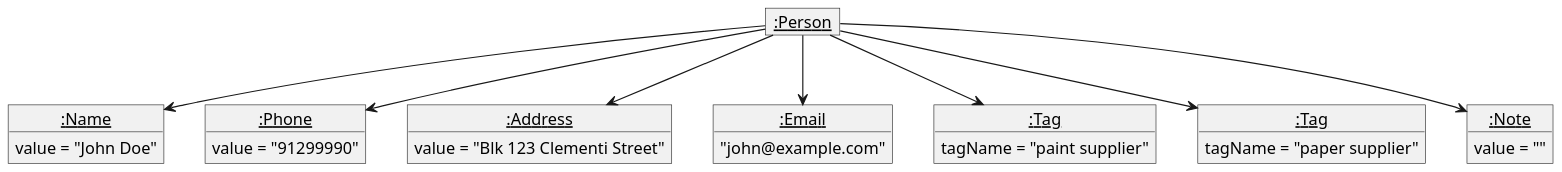
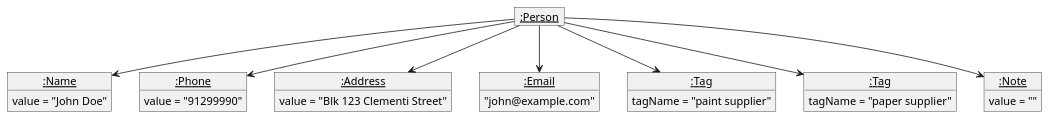
The diagram in diagrams/PersonObjectDiagram.puml (AY2425S2-CS2103T-W13-4/tp), drawn with PlantUML before and after one commit. The commit also changed 23 other files, not shown here.

```diff
--- a/diagrams/PersonObjectDiagram.puml
+++ b/diagrams/PersonObjectDiagram.puml
@@ -1,38 +1,35 @@
 @startuml
-
-scale 800 height
-scale 2000 width
 
 object "<u>:Person" as Person
 object "<u>:Address" as Address
 
 object "<u>:Email" as Email
 object "<u>:Name" as Name
 object "<u>:Phone" as Phone
 object "<u>:Tag" as FirstTag
 object "<u>:Tag" as SecondTag
 object "<u>:Note" as Note
 
 Person --> Name
 Person --> Phone
 Person --> Email
 Person --> Address
 Person --> FirstTag
 Person --> SecondTag
 Person --> Note
 
 hide Person members
 
 Name -[hidden]right-> Phone
 Phone -[hidden]right-> Address
 Address -[hidden]right-> Email
 
 
 Phone : value = "91299990"
 Name : value = "John Doe"
 Address : value = "Blk 123 Clementi Street"
 Email : "john@example.com"
 FirstTag : tagName = "paint supplier"
 SecondTag : tagName = "paper supplier"
 Note : value = ""
 @enduml
```
